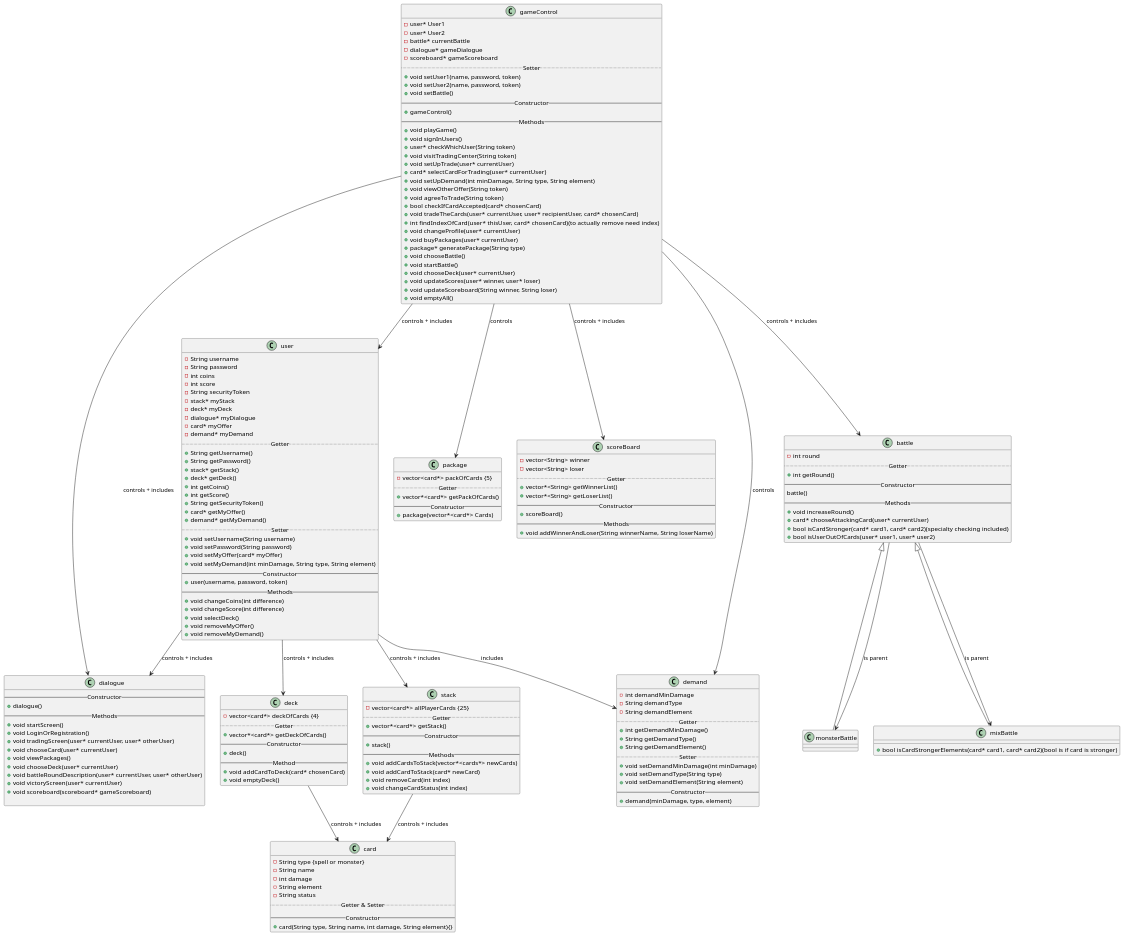
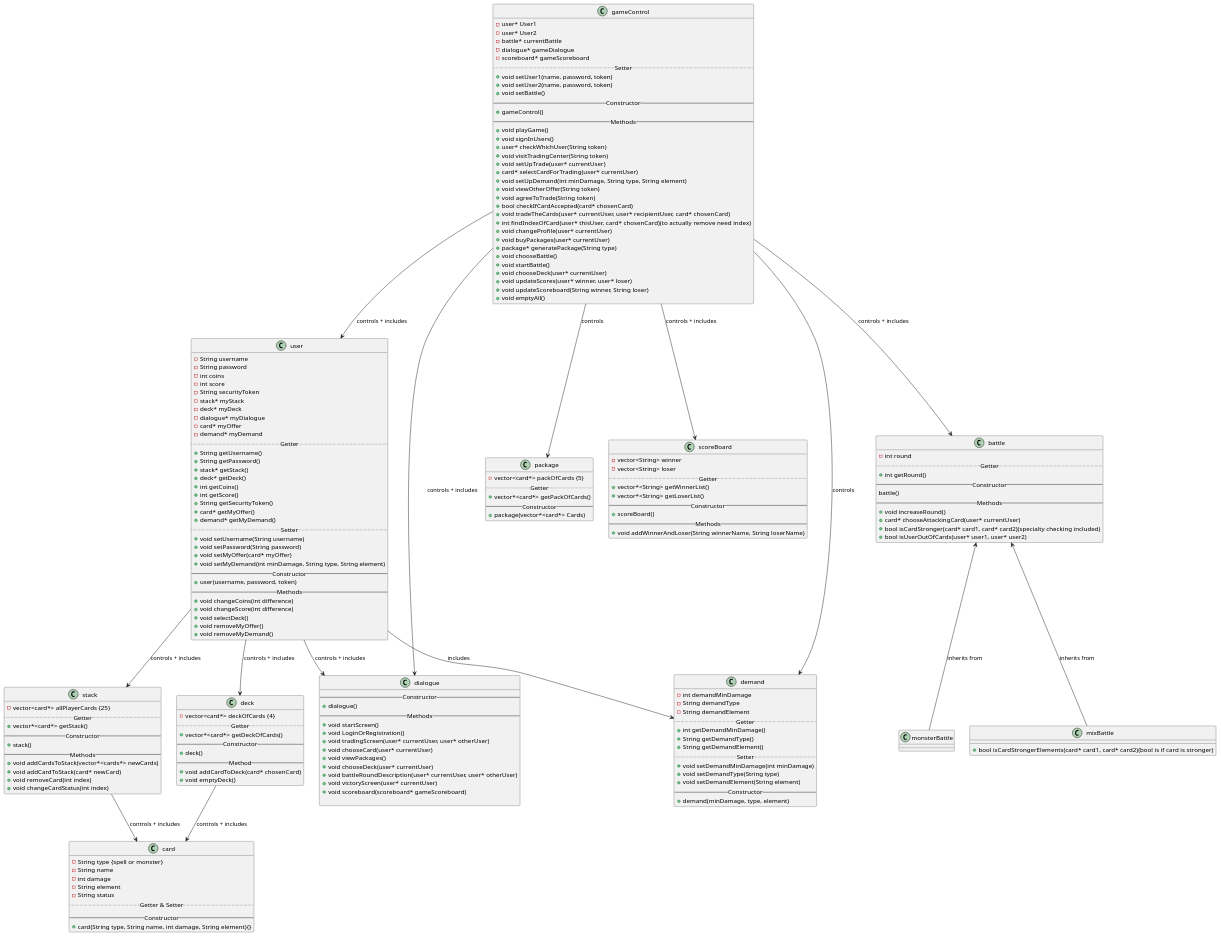
One commit to marlis-t/MonsterTradingCardGame changed the diagram in Monster-Trading-Card-Game/classdiagram.puml. Above: the diagram before and after it, drawn with PlantUML.

Commit message:
uml slightly changed

```diff
--- a/Monster-Trading-Card-Game/classdiagram.puml
+++ b/Monster-Trading-Card-Game/classdiagram.puml
@@ -103,11 +103,11 @@
     +bool isUserOutOfCards(user* user1, user* user2)
 }
 
-class monsterBattle extends battle{
+class monsterBattle{
 
 }
 
-class mixBattle extends battle{
+class mixBattle{
     +bool isCardStrongerElements(card* card1, card* card2)(bool is if card is stronger)
 }
 
@@ -196,8 +196,8 @@
 
 stack --> card: controls + includes
 
-battle --> monsterBattle: is parent
-battle --> mixBattle: is parent
+battle <-- monsterBattle: inherits from
+battle <-- mixBattle: inherits from
 
 
 
```
